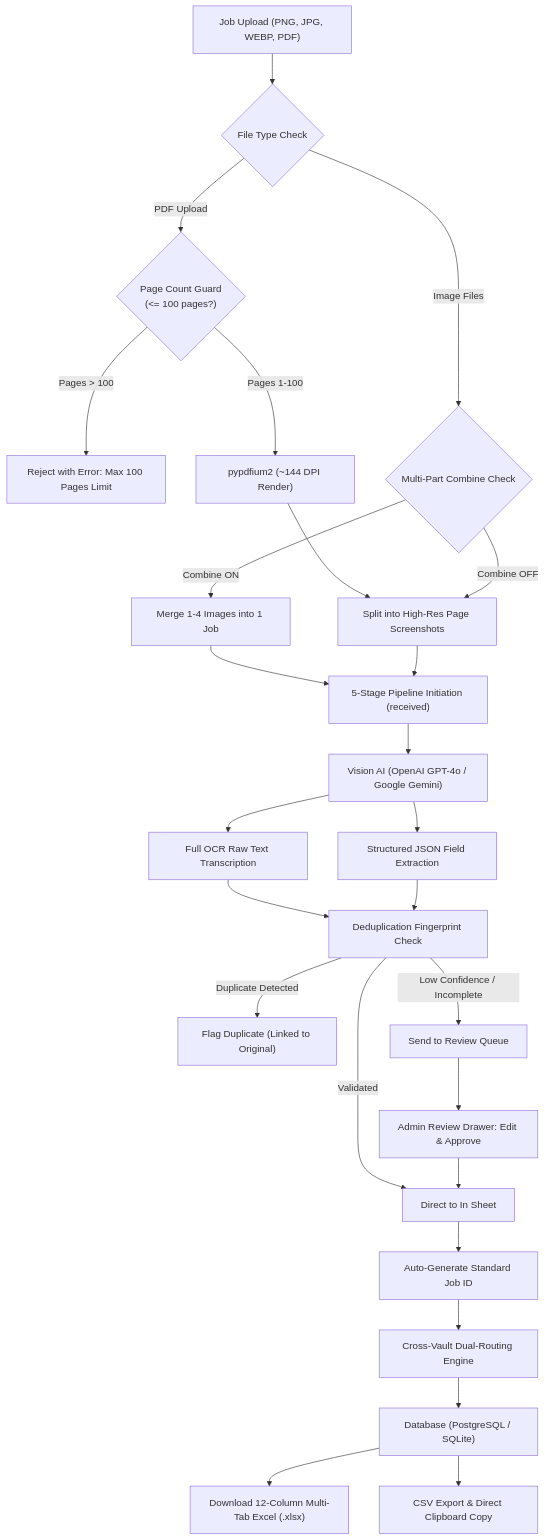
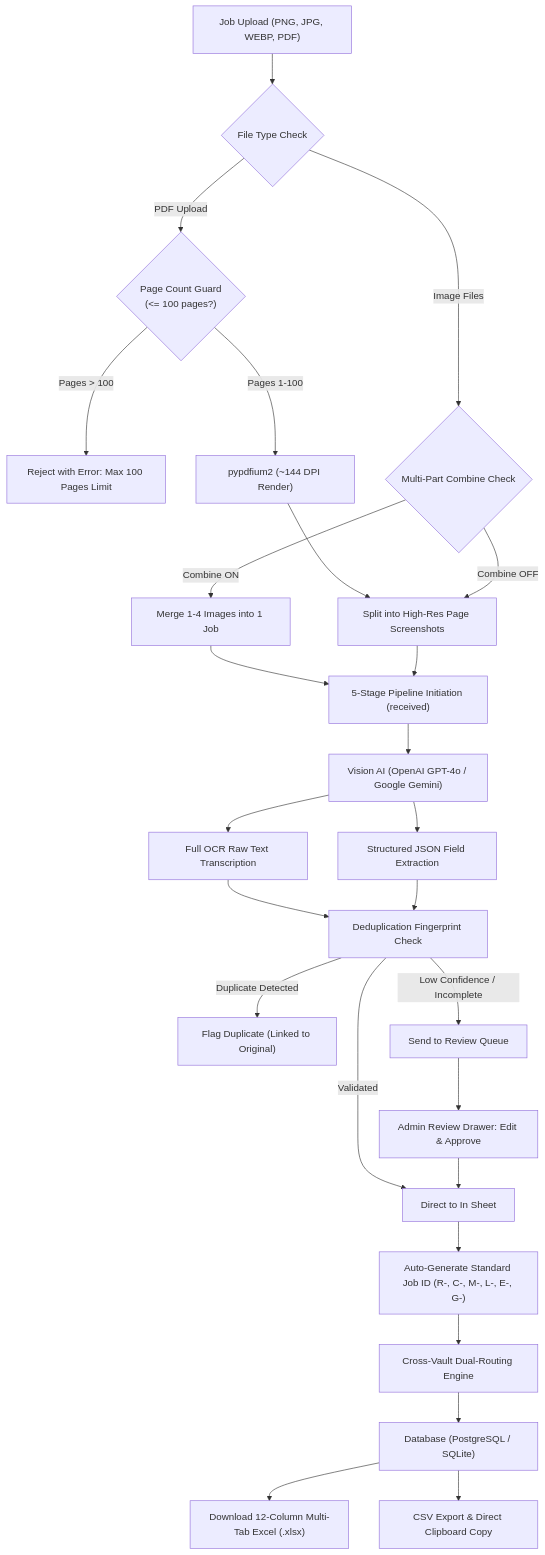
The diagram in README.md (ddpldeveloperahul/Vault_AI), drawn with Mermaid before and after one commit. The commit also changed other lines of this file and 2 other files, not shown here.

Commit message:
Auto-upgrade legacy vault rules and reclassify jobs on production server

````diff
--- a/README.md
+++ b/README.md
@@ -117,28 +114,28 @@
 ```mermaid
 flowchart TD
     A["Job Upload (PNG, JPG, WEBP, PDF)"] --> B{"File Type Check"}
     B -- "PDF Upload" --> C{"Page Count Guard\n(<= 100 pages?)"}
     C -- "Pages > 100" --> D["Reject with Error: Max 100 Pages Limit"]
     C -- "Pages 1-100" --> E["pypdfium2 (~144 DPI Render)"]
     E --> F["Split into High-Res Page Screenshots"]
     B -- "Image Files" --> G{"Multi-Part Combine Check"}
     G -- "Combine ON" --> H["Merge 1-4 Images into 1 Job"]
     G -- "Combine OFF" --> F
     H --> I["5-Stage Pipeline Initiation (received)"]
     F --> I
     I --> J["Vision AI (OpenAI GPT-4o / Google Gemini)"]
     J --> K["Full OCR Raw Text Transcription"]
     J --> L["Structured JSON Field Extraction"]
     K --> M["Deduplication Fingerprint Check"]
     L --> M
     M -- "Duplicate Detected" --> N["Flag Duplicate (Linked to Original)"]
     M -- "Low Confidence / Incomplete" --> O["Send to Review Queue"]
     M -- "Validated" --> P["Direct to In Sheet"]
     O --> Q["Admin Review Drawer: Edit & Approve"]
     Q --> P
-    P --> R["Auto-Generate Standard Job ID"]
+    P --> R["Auto-Generate Standard Job ID (R-, C-, M-, L-, E-, G-)"]
     R --> S["Cross-Vault Dual-Routing Engine"]
     S --> T["Database (PostgreSQL / SQLite)"]
     T --> U["Download 12-Column Multi-Tab Excel (.xlsx)"]
     T --> V["CSV Export & Direct Clipboard Copy"]
 ```
````
